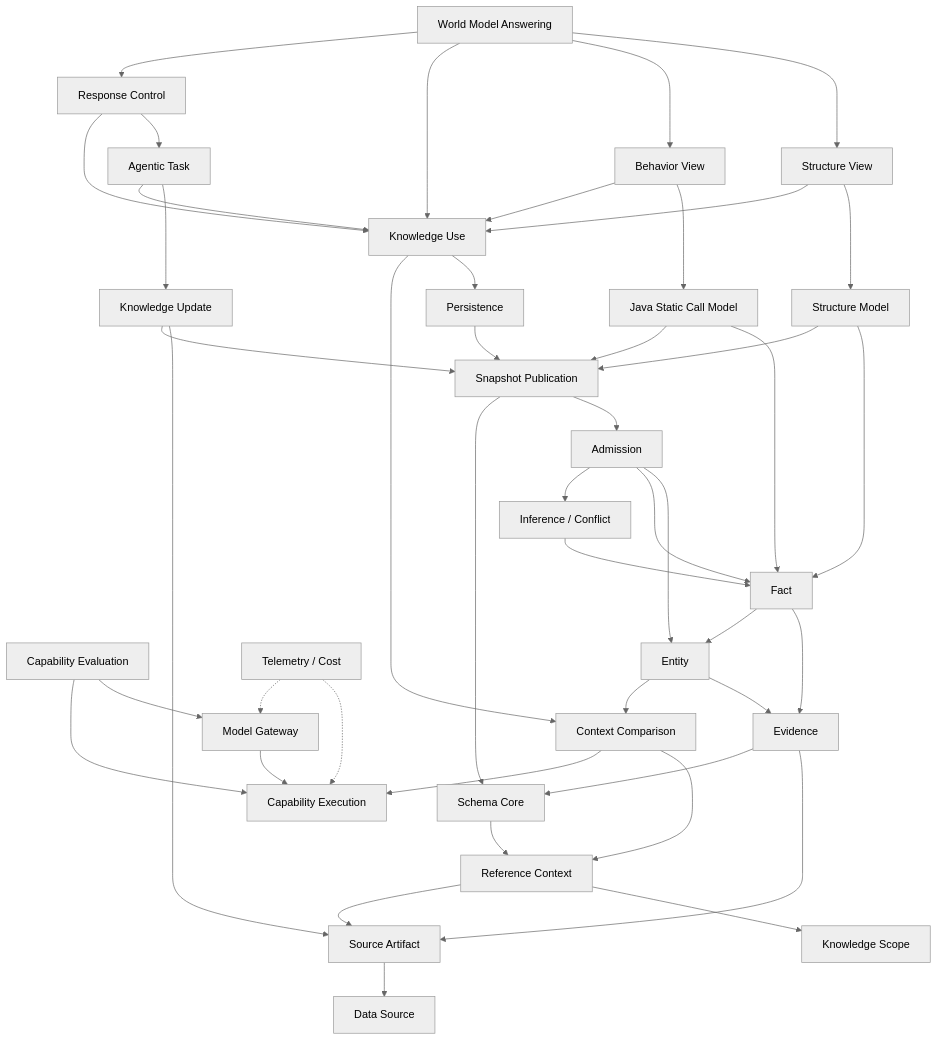
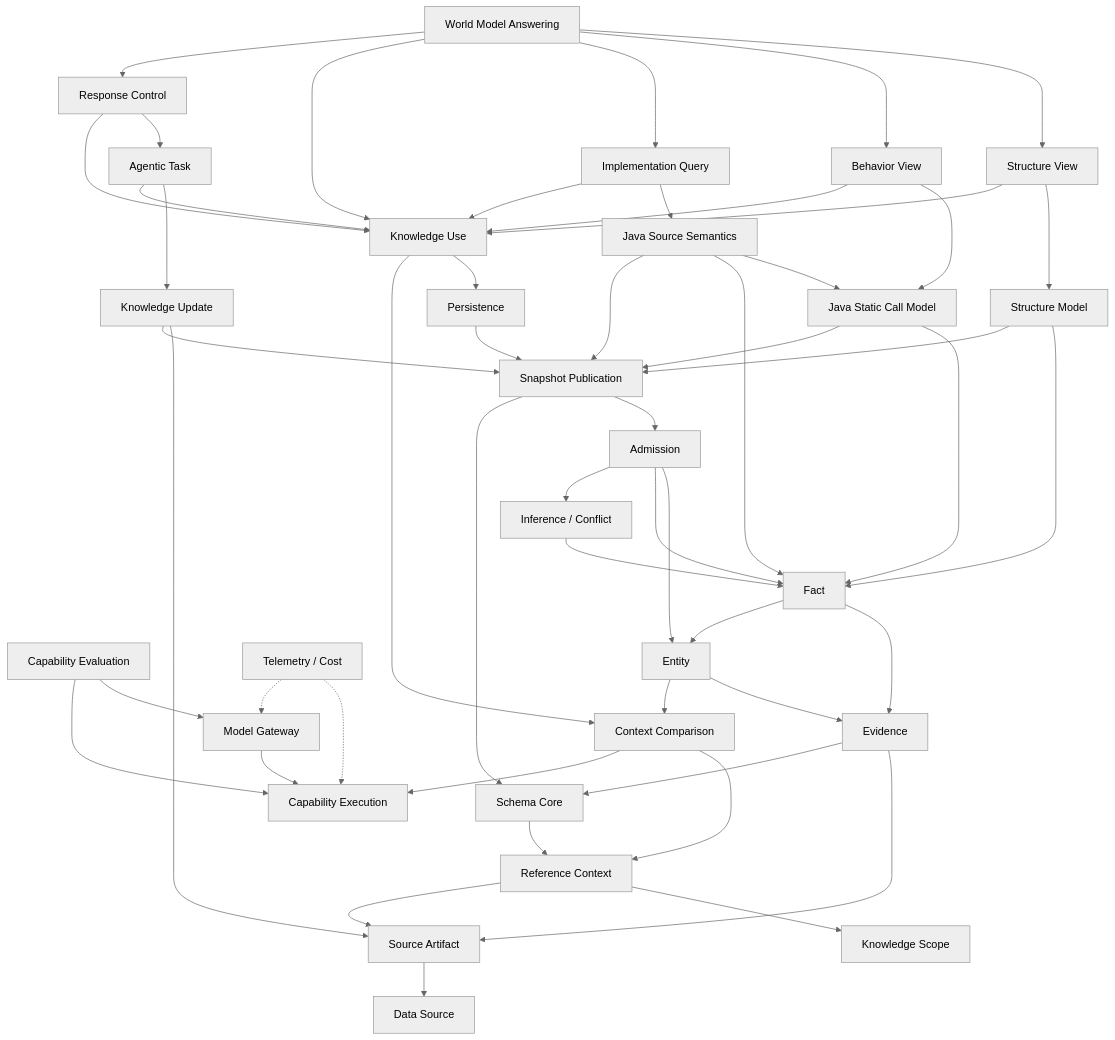
The diagram in docs/system/contracts/README.md (baitianxia/software-world-model), drawn with Mermaid (neutral theme) before and after one commit. The commit also changed other lines of this file and 141 other files, not shown here.

````diff
--- a/docs/system/contracts/README.md
+++ b/docs/system/contracts/README.md
@@ -33,49 +33,55 @@
 ```mermaid
 flowchart TD
     MG["Model Gateway"] --> CE["Capability Execution"]
     EVL["Capability Evaluation"] --> MG
     EVL --> CE
 
     SA["Source Artifact"] --> DS["Data Source"]
     RCX["Reference Context"] --> KS["Knowledge Scope"]
     RCX --> SA
     SC["Schema Core"] --> RCX
     CMP["Context Comparison"] --> RCX
     CMP --> CE
     E["Evidence"] --> SA
     E --> SC
     EN["Entity"] --> E
     EN --> CMP
     F["Fact"] --> E
     F --> EN
     I["Inference / Conflict"] --> F
     AD["Admission"] --> EN
     AD --> F
     AD --> I
     SP["Snapshot Publication"] --> AD
     SP --> SC
     PS["Persistence"] --> SP
     SM["Structure Model"] --> F
     SM --> SP
     JM["Java Static Call Model"] --> F
     JM --> SP
+    JSM["Java Source Semantics"] --> JM
+    JSM --> F
+    JSM --> SP
 
     KU["Knowledge Update"] --> SA
     KU --> SP
     USE["Knowledge Use"] --> PS
     USE --> CMP
     SV["Structure View"] --> SM
     SV --> USE
     BV["Behavior View"] --> JM
     BV --> USE
+    IQ["Implementation Query"] --> JSM
+    IQ --> USE
     WMA["World Model Answering"] --> SV
     WMA --> BV
+    WMA --> IQ
     WMA --> USE
     AT["Agentic Task"] --> KU
     AT --> USE
     RESP["Response Control"] --> AT
     RESP --> USE
     WMA --> RESP
     TEL["Telemetry / Cost"] -.-> CE
     TEL -.-> MG
 ```
````
